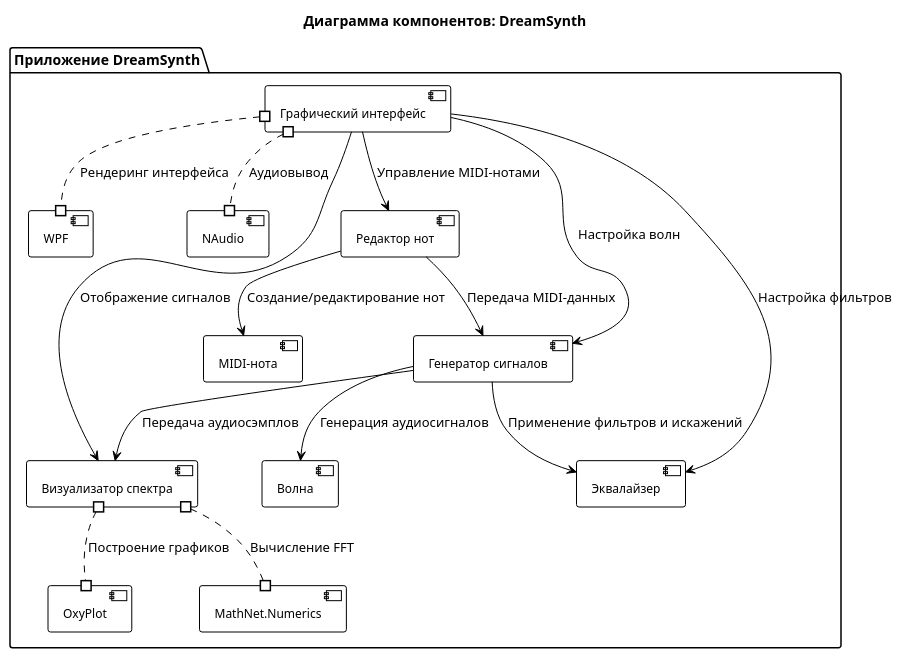
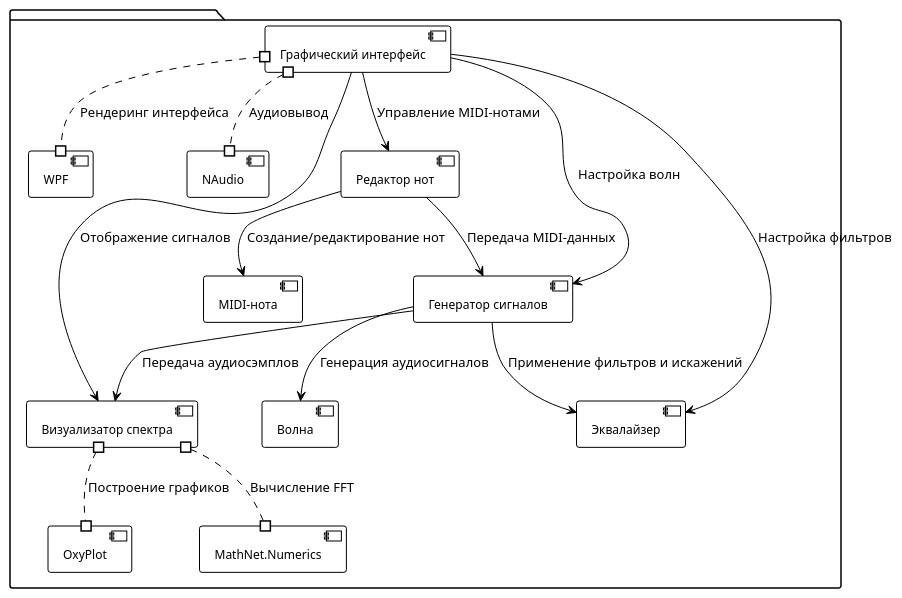
One commit to alex-pyslar/dream-synth changed the diagram in docs/component.puml. Above: the diagram before and after it, drawn with PlantUML. The commit also changed 26 other files, not shown here.

Commit message:
Редактирование блок схем

```diff
--- a/docs/component.puml
+++ b/docs/component.puml
@@ -1,31 +1,28 @@
 @startuml ComponentDiagramDreamSynth
 
-' ГОСТ-стиль: черно-белый, без теней
 skinparam monochrome true
 skinparam shadowing false
 skinparam componentFontSize 12
 skinparam componentFontName Arial
 skinparam componentBorderThickness 1
 skinparam componentBackgroundColor none
 skinparam componentBorderColor black
 skinparam ArrowColor black
 
-title Диаграмма компонентов: DreamSynth
-
-package "Приложение DreamSynth" {
+package {
   [Графический интерфейс] #..# [WPF] : Рендеринг интерфейса
   [Графический интерфейс] #..# [NAudio] : Аудиовывод
   [Графический интерфейс] --> [Редактор нот] : Управление MIDI-нотами
   [Графический интерфейс] --> [Генератор сигналов] : Настройка волн
   [Графический интерфейс] --> [Эквалайзер] : Настройка фильтров
   [Графический интерфейс] --> [Визуализатор спектра] : Отображение сигналов
   [Редактор нот] --> [MIDI-нота] : Создание/редактирование нот
   [Редактор нот] --> [Генератор сигналов] : Передача MIDI-данных
   [Генератор сигналов] --> [Волна] : Генерация аудиосигналов
   [Генератор сигналов] --> [Эквалайзер] : Применение фильтров и искажений
   [Генератор сигналов] --> [Визуализатор спектра] : Передача аудиосэмплов
   [Визуализатор спектра] #..# [OxyPlot] : Построение графиков
   [Визуализатор спектра] #..# [MathNet.Numerics] : Вычисление FFT
 }
 
 @enduml
```
